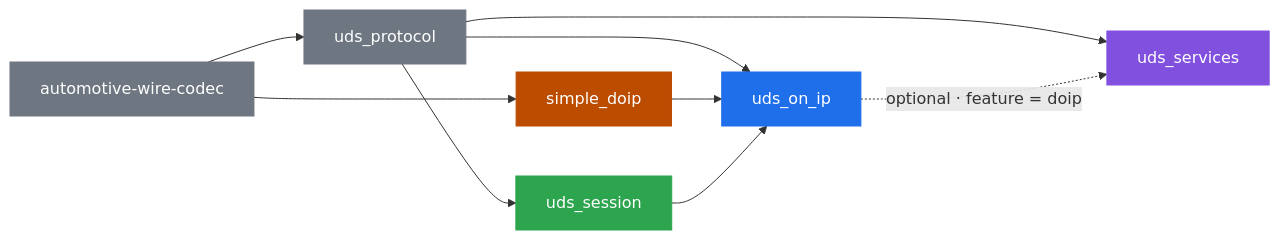
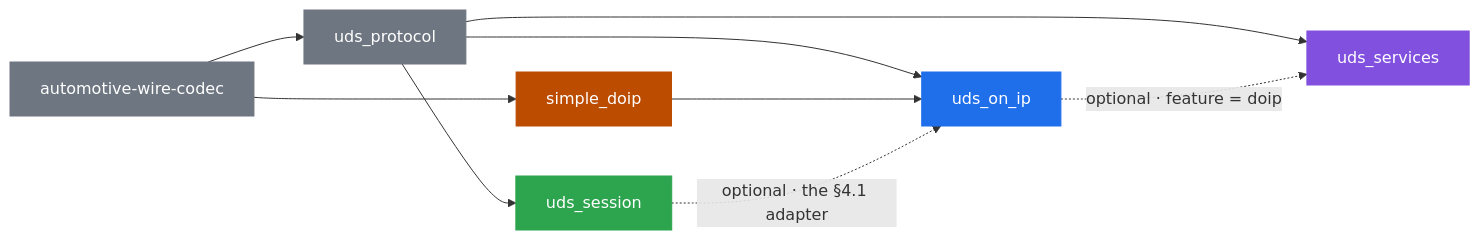
One commit to luminartech/uds_stack changed the third of 4 diagrams in crates/uds_on_ip/ARCHITECTURE.md. Above: the diagram before and after it, drawn with Mermaid. The commit also changed other lines of this file and 1 other file, not shown here.

````diff
--- a/crates/uds_on_ip/ARCHITECTURE.md
+++ b/crates/uds_on_ip/ARCHITECTURE.md
@@ -363,29 +463,29 @@
 ```mermaid
 flowchart LR
     AWC["automotive-wire-codec"]
     UP["uds_protocol"]
     SD["simple_doip"]
     US["uds_session"]
     UOI["uds_on_ip"]
     USVC["uds_services"]
 
     AWC --> UP
     AWC --> SD
     UP --> US
     UP --> UOI
     UP --> USVC
     SD --> UOI
-    US --> UOI
+    US -.->|"optional · the §4.1 adapter"| UOI
     UOI -.->|"optional · feature = doip"| USVC
 
     classDef onip fill:#1f6feb,color:#ffffff,stroke:#1f6feb
     classDef sess fill:#2da44e,color:#ffffff,stroke:#2da44e
     classDef doip fill:#bc4c00,color:#ffffff,stroke:#bc4c00
     classDef svc fill:#8250df,color:#ffffff,stroke:#8250df
     classDef plain fill:#6e7781,color:#ffffff,stroke:#6e7781
     class UOI onip
     class US sess
     class SD doip
     class USVC svc
     class AWC,UP plain
 ```
````
